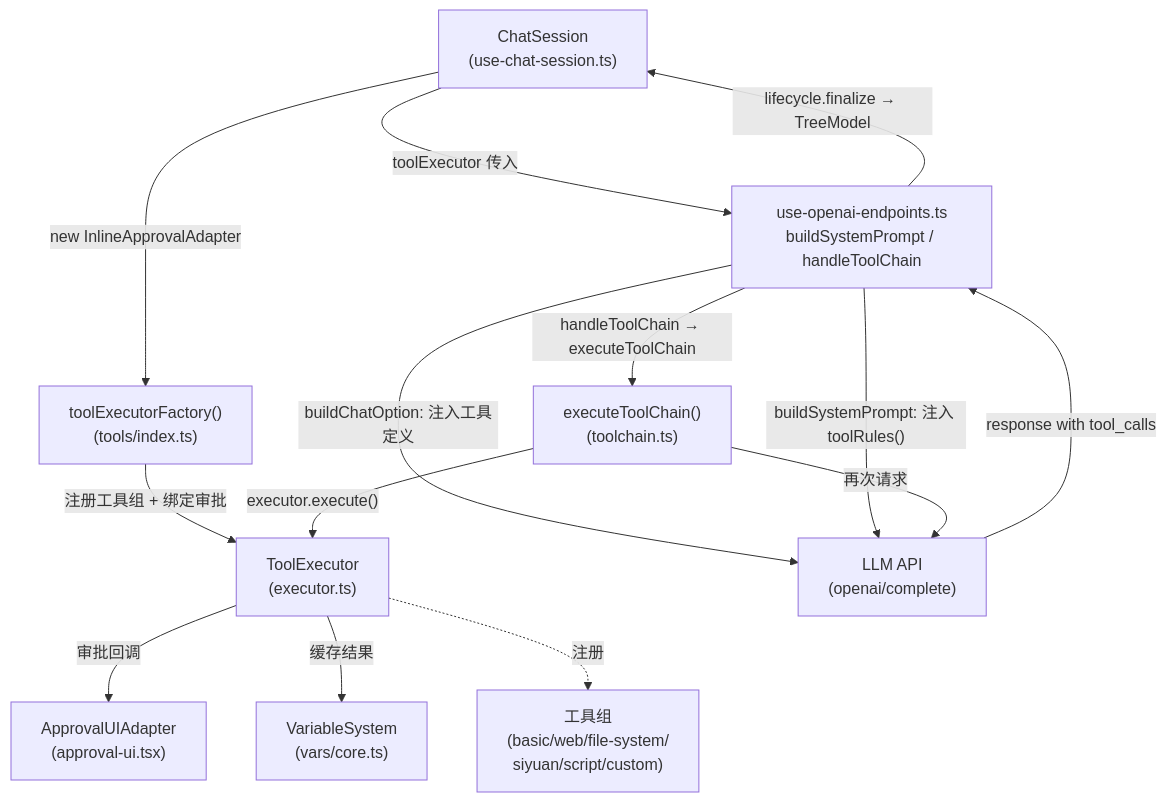
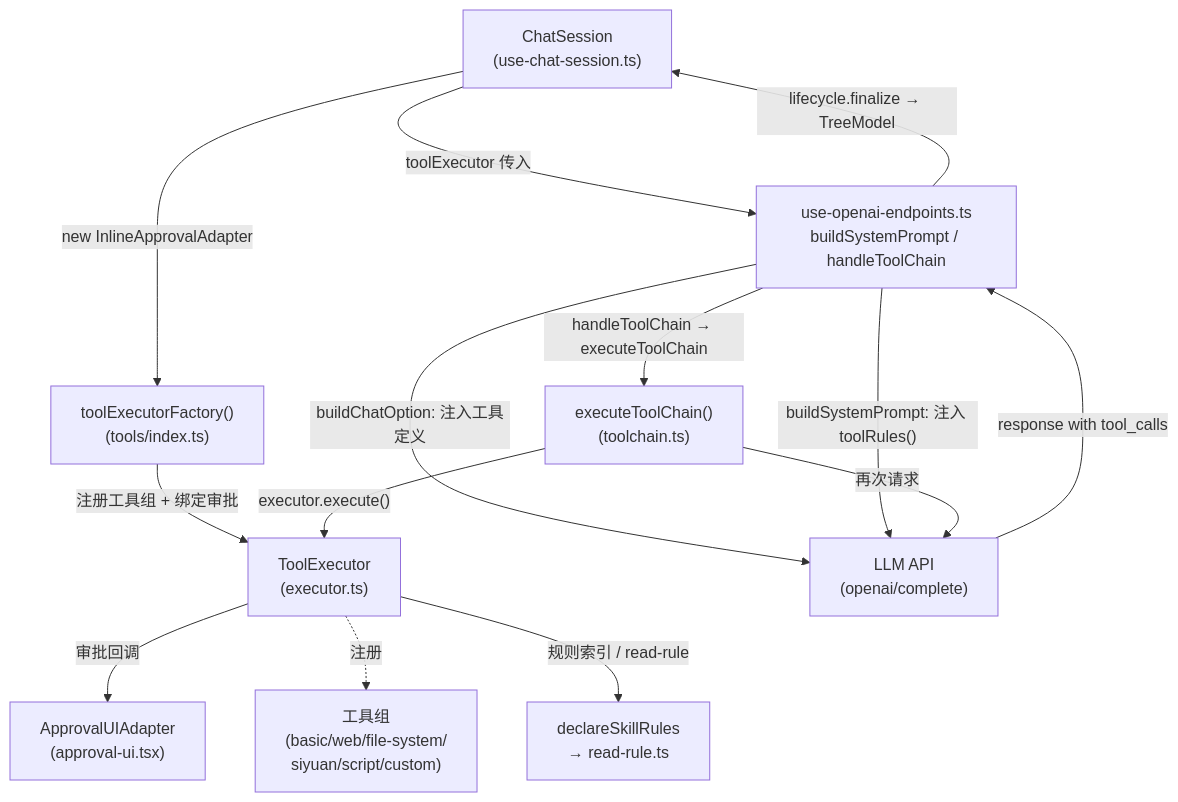
One commit to frostime/sy-f-misc changed the diagram in .dev/docs/tool-call/index.md. Above: the diagram before and after it, drawn with Mermaid. The commit also changed other lines of this file and 62 other files, not shown here.

First line of the commit message:
♻️ refactor(gpt): replace variable cache with read-only rules

````diff
--- a/.dev/docs/tool-call/index.md
+++ b/.dev/docs/tool-call/index.md
@@ -28,27 +28,27 @@
 ```mermaid
 graph TD
     Session["ChatSession\n(use-chat-session.ts)"]
     Factory["toolExecutorFactory()\n(tools/index.ts)"]
     Executor["ToolExecutor\n(executor.ts)"]
     Chain["executeToolChain()\n(toolchain.ts)"]
     LLM["LLM API\n(openai/complete)"]
     ApprovalUI["ApprovalUIAdapter\n(approval-ui.tsx)"]
-    VarSys["VariableSystem\n(vars/core.ts)"]
     Integration["use-openai-endpoints.ts\nbuildSystemPrompt / handleToolChain"]
+    Rules["declareSkillRules\n→ read-rule.ts"]
 
     Groups["工具组\n(basic/web/file-system/\nsiyuan/script/custom)"]
 
     Session -->|"new InlineApprovalAdapter"| Factory
     Factory -->|"注册工具组 + 绑定审批"| Executor
     Session -->|"toolExecutor 传入"| Integration
     Integration -->|"buildChatOption: 注入工具定义"| LLM
     Integration -->|"buildSystemPrompt: 注入 toolRules()"| LLM
     LLM -->|"response with tool_calls"| Integration
     Integration -->|"handleToolChain → executeToolChain"| Chain
     Chain -->|"executor.execute()"| Executor
     Executor -->|"审批回调"| ApprovalUI
-    Executor -->|"缓存结果"| VarSys
     Executor -.->|"注册"| Groups
+    Executor -->|"规则索引 / read-rule"| Rules
     Chain -->|"再次请求"| LLM
     Integration -->|"lifecycle.finalize → TreeModel"| Session
 ```
````
